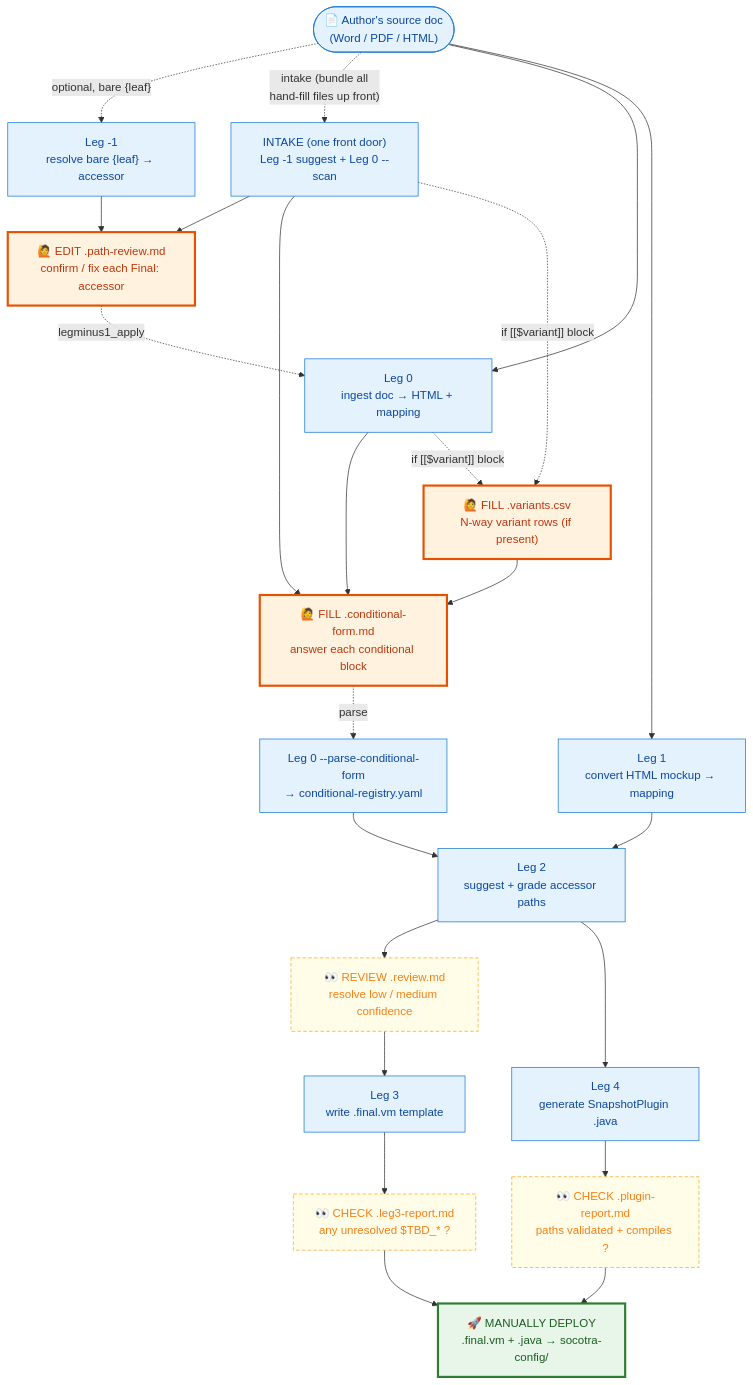
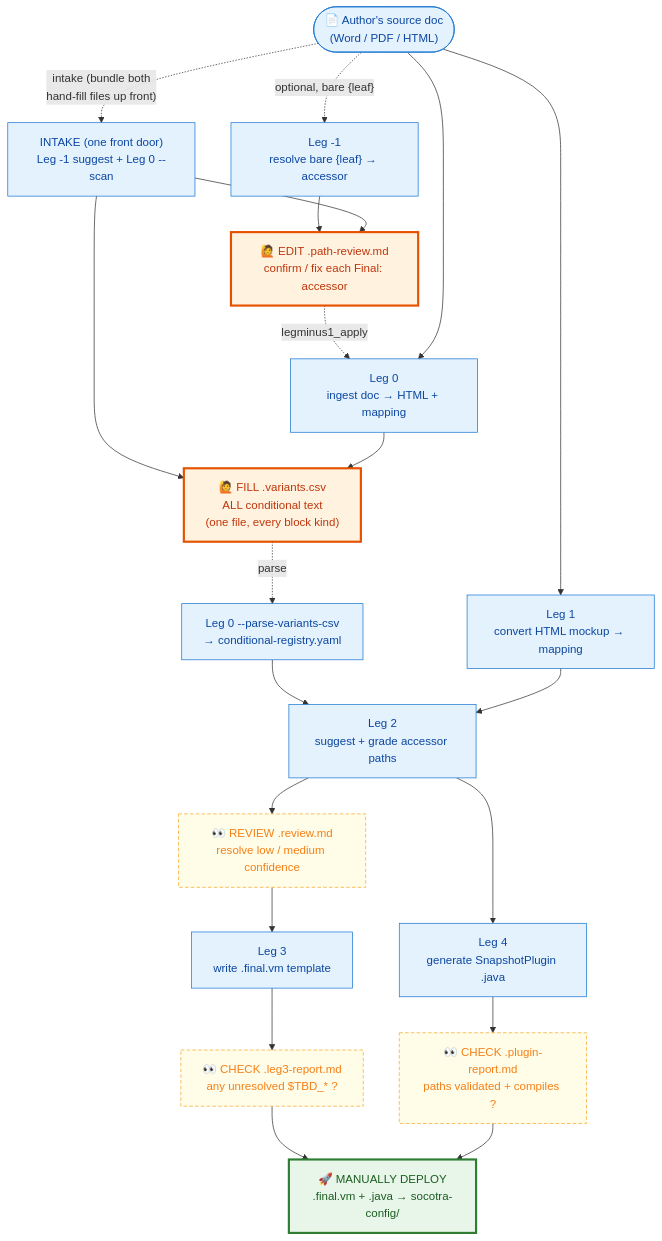
One commit to joshlawrence-web/socotra-document-conversion changed the second of 2 diagrams in docs/pipeline-dataflow.md. Above: the diagram before and after it, drawn with Mermaid. The commit also changed other lines of this file and 31 other files, not shown here.

````diff
--- a/docs/pipeline-dataflow.md
+++ b/docs/pipeline-dataflow.md
@@ -122,53 +122,49 @@
 ```mermaid
 flowchart TD
   classDef machine fill:#e3f2fd,stroke:#1976d2,color:#0d47a1;
   classDef human fill:#fff3e0,stroke:#e65100,color:#bf360c,stroke-width:3px;
   classDef review fill:#fffde7,stroke:#f9a825,color:#f57f17,stroke-width:1px,stroke-dasharray:5 3;
   classDef deploy fill:#e8f5e9,stroke:#2e7d32,color:#1b5e20,stroke-width:3px;
 
   IN(["📄 Author's source doc\n(Word / PDF / HTML)"]):::machine
 
   INTAKE["INTAKE (one front door)\nLeg -1 suggest + Leg 0 --scan"]:::machine
   LM1["Leg -1\nresolve bare {leaf} → accessor"]:::machine
   H1["🙋 EDIT .path-review.md\nconfirm / fix each Final: accessor"]:::human
 
   L0["Leg 0\ningest doc → HTML + mapping"]:::machine
   L1["Leg 1\nconvert HTML mockup → mapping"]:::machine
-  H2["🙋 FILL .conditional-form.md\nanswer each conditional block"]:::human
-  H3["🙋 FILL .variants.csv\nN-way variant rows (if present)"]:::human
-  PARSE["Leg 0 --parse-conditional-form\n→ conditional-registry.yaml"]:::machine
+  H2["🙋 FILL .variants.csv\nALL conditional text\n(one file, every block kind)"]:::human
+  PARSE["Leg 0 --parse-variants-csv\n→ conditional-registry.yaml"]:::machine
 
   L2["Leg 2\nsuggest + grade accessor paths"]:::machine
   R1["👀 REVIEW .review.md\nresolve low / medium confidence"]:::review
 
   L3["Leg 3\nwrite .final.vm template"]:::machine
   R2["👀 CHECK .leg3-report.md\nany unresolved $TBD_* ?"]:::review
 
   L4["Leg 4\ngenerate SnapshotPlugin .java"]:::machine
   R3["👀 CHECK .plugin-report.md\npaths validated + compiles ?"]:::review
 
   DEP["🚀 MANUALLY DEPLOY\n.final.vm + .java → socotra-config/"]:::deploy
 
   IN -.->|"optional, bare {leaf}"| LM1
   LM1 --> H1
-  IN -.->|"intake (bundle all\nhand-fill files up front)"| INTAKE
+  IN -.->|"intake (bundle both\nhand-fill files up front)"| INTAKE
   INTAKE --> H1
   INTAKE --> H2
-  INTAKE -.->|"if [[$variant]] block"| H3
   H1 -.->|"legminus1_apply"| L0
   IN --> L0
   IN --> L1
   L0 --> H2
-  L0 -.->|"if [[$variant]] block"| H3
-  H3 --> H2
   H2 -.->|"parse"| PARSE
   PARSE --> L2
   L1 --> L2
   L2 --> R1
   R1 --> L3
   L2 --> L4
   L3 --> R2
   L4 --> R3
   R2 --> DEP
   R3 --> DEP
 ```
````
